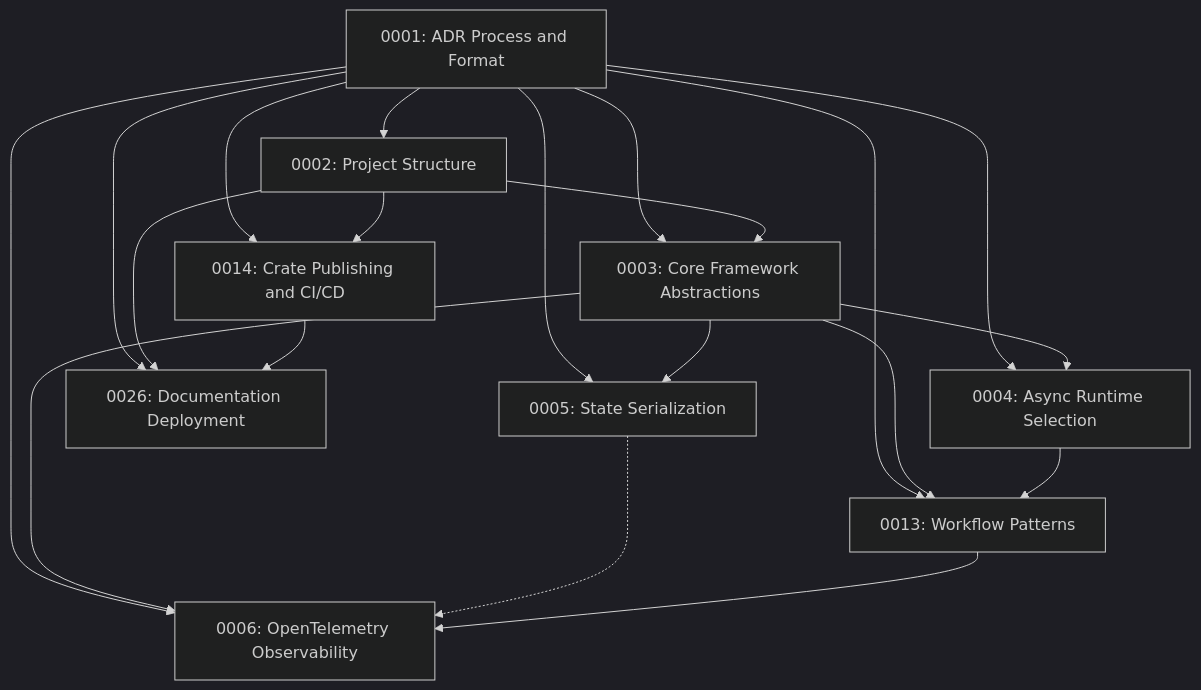
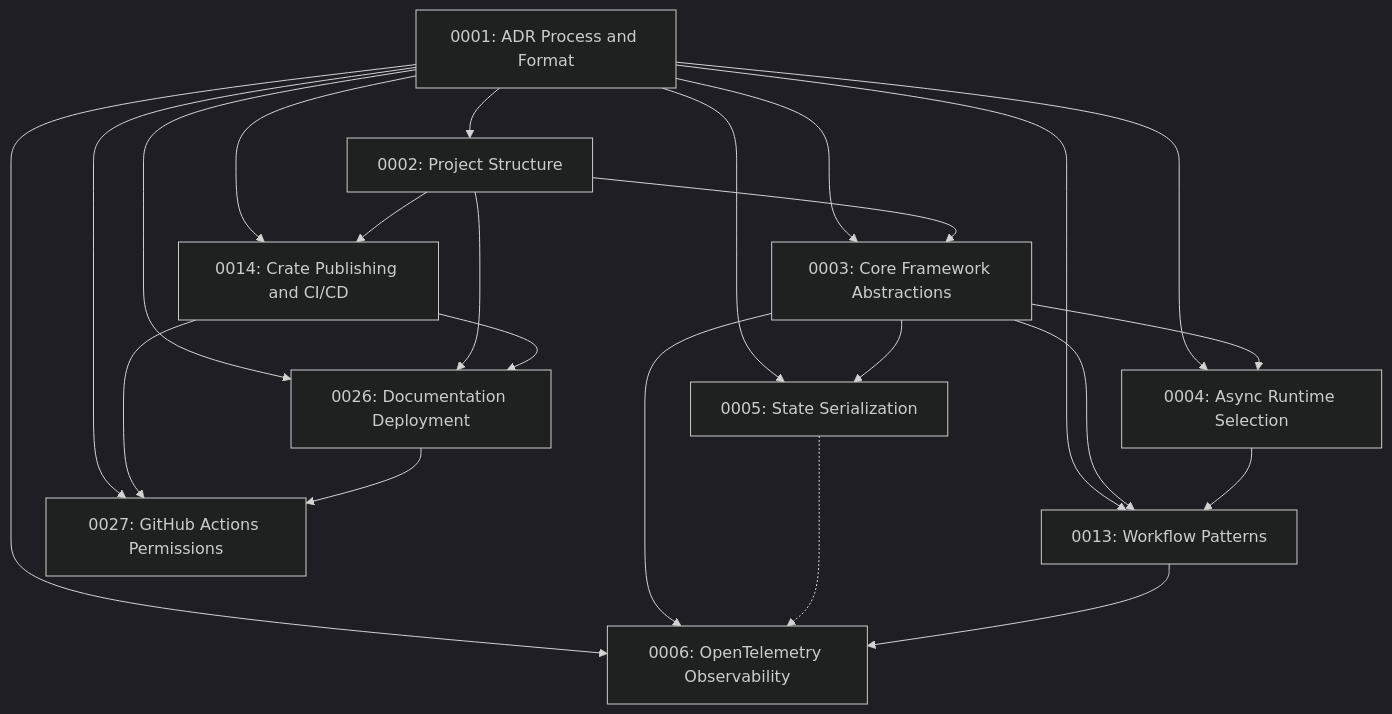
The diagram in docs/adrs/README.md (aitoroses/floxide), drawn with Mermaid (dark theme) before and after one commit. The commit also changed other lines of this file and 5 other files, not shown here.

First line of the commit message:
🦀 Enhance GitHub Actions Workflow Permissions

````diff
--- a/docs/adrs/README.md
+++ b/docs/adrs/README.md
@@ -158,22 +165,25 @@
 ```mermaid
 graph TD
     A[0001: ADR Process and Format] --> B[0002: Project Structure]
     A --> C[0003: Core Framework Abstractions]
     A --> D[0004: Async Runtime Selection]
     A --> E[0005: State Serialization]
     A --> F[0006: OpenTelemetry Observability]
     A --> G[0013: Workflow Patterns]
     A --> H[0014: Crate Publishing and CI/CD]
     A --> I[0026: Documentation Deployment]
+    A --> J[0027: GitHub Actions Permissions]
     B --> C
     B --> H
     B --> I
     C --> D
     C --> E
     C --> F
     C --> G
     D --> G
     E -.-> F
     G --> F
     H --> I
+    H --> J
+    I --> J
 ```
````
